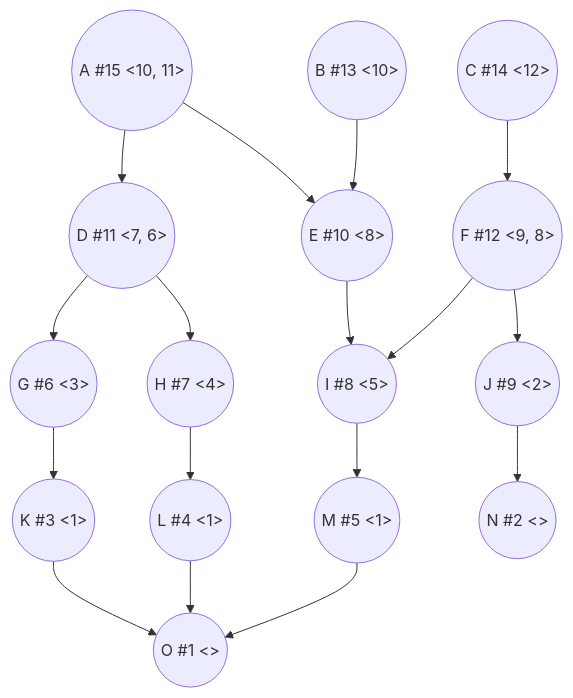
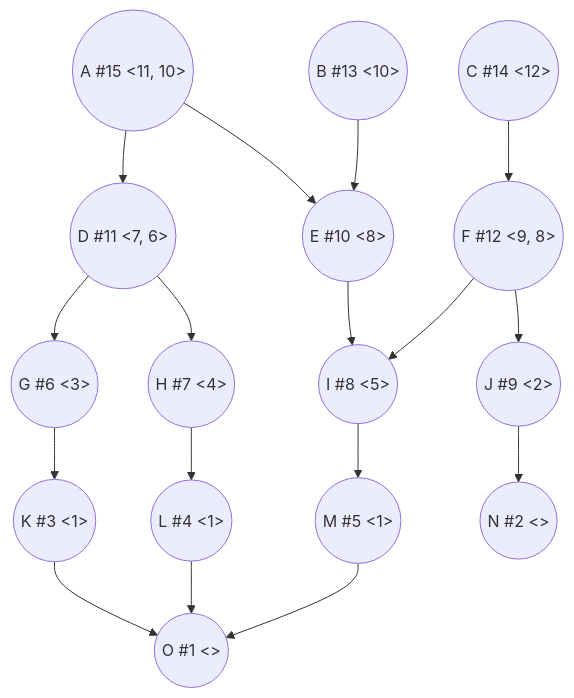
The second of 3 diagrams in task_9/CommitIT.md (HSE-algo-23-crow/manual_tasks), drawn with Mermaid before and after one commit.

Commit message:
Исправлен лексикографический приоритет задания A.

````diff
--- a/task_9/CommitIT.md
+++ b/task_9/CommitIT.md
@@ -49,19 +49,19 @@
 ```mermaid
 graph TB
-    A((A #15 <10, 11>)) --> D((D))
-    A((A #15 <10, 11>)) --> E((E))
+    A((A #15 <11, 10>)) --> D((D))
+    A((A #15 <11, 10>)) --> E((E))
     B((B #13 <10>)) --> E((E))
     C((C #14 <12>)) --> F((F))
     D((D #11 <7, 6>)) --> G((G))
     D((D #11 <7, 6>)) --> H((H))
     E((E #10 <8>)) --> I((I))
     F((F #12 <9, 8>)) --> I((I))
     F((F #12 <9, 8>)) --> J((J))
     G((G #6 <3>)) --> K((K))
     H((H #7 <4>)) --> L((L))
     I((I #8 <5>)) --> M((M))
     J((J #9 <2>)) --> N((N #2 <>))
     K((K #3 <1>)) --> O((O #1 <>))
     M((M #5 <1>)) --> O((O #1 <>))
     L((L #4 <1>)) --> O((O #1 <>))
 ```
````
